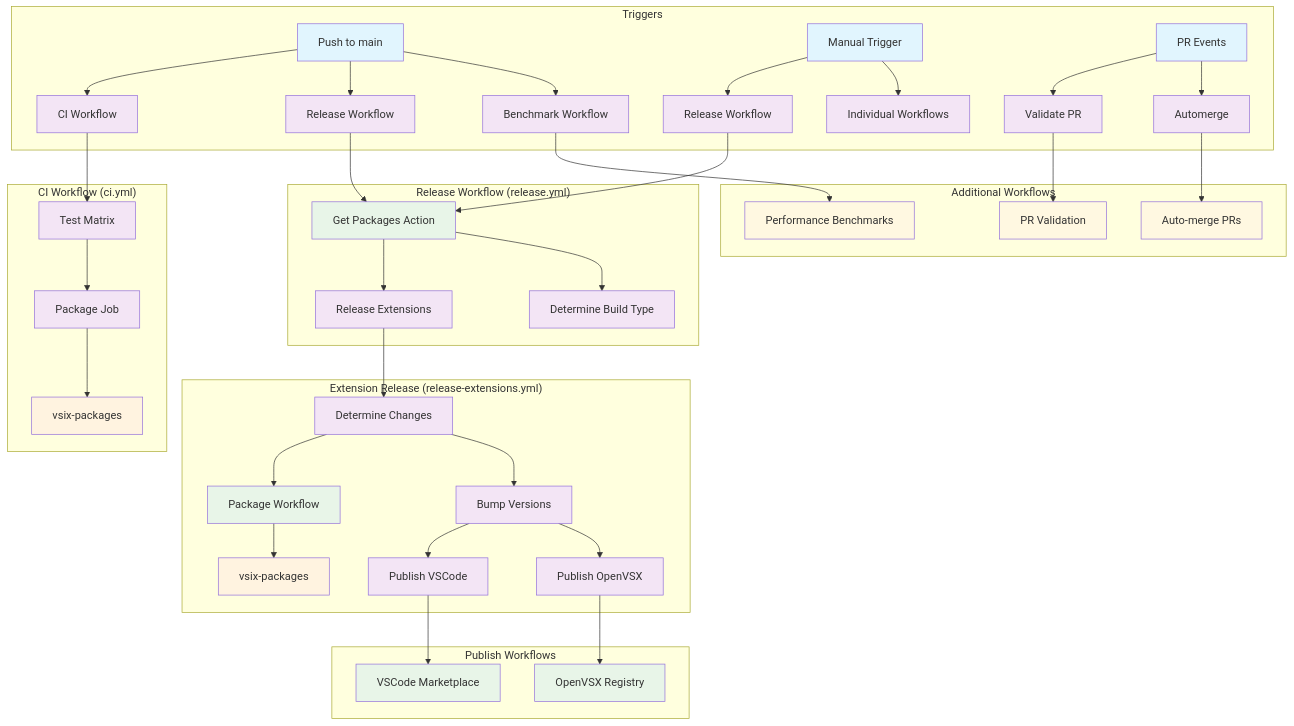
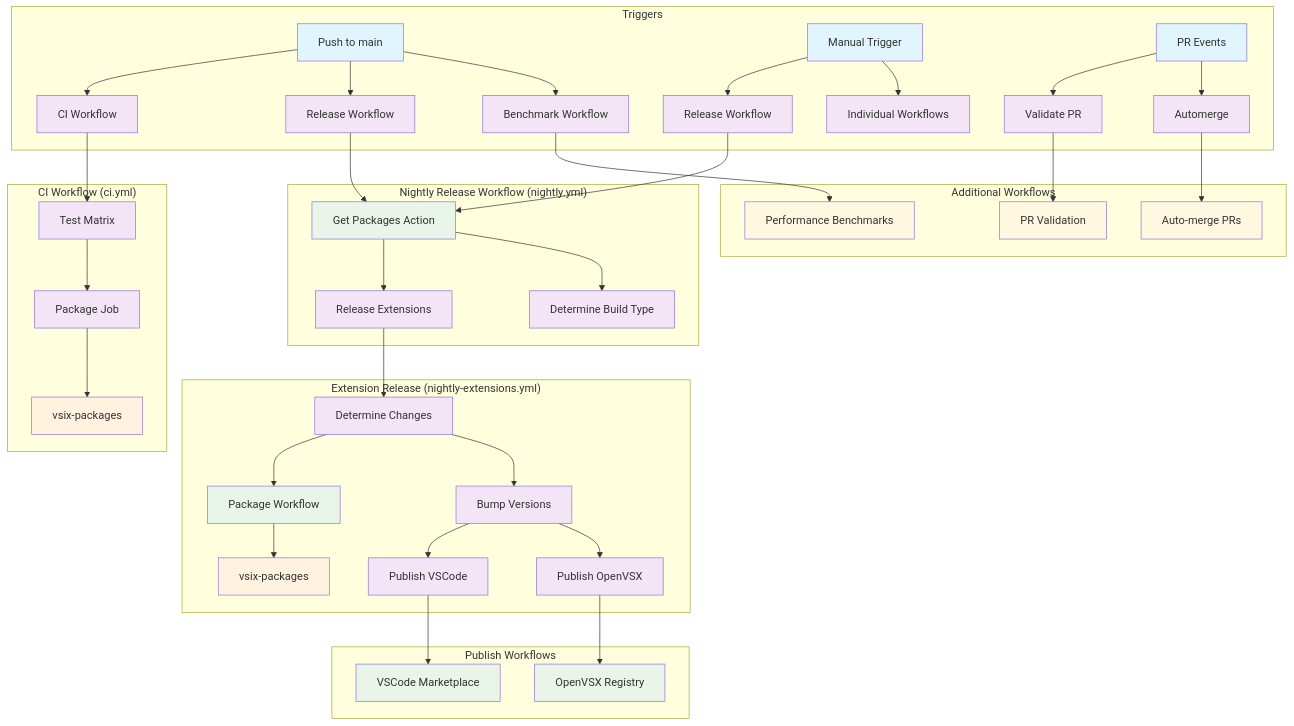
One commit to forcedotcom/apex-language-support changed the first of 8 diagrams in .github/workflows/README.md. Above: the diagram before and after it, drawn with Mermaid. The commit also changed other lines of this file and 25 other files, not shown here.

First line of the commit message:
[W-21445974] ci: implement 3-tier extension release cadence and nightly hardening (#219)

````diff
--- a/.github/workflows/README.md
+++ b/.github/workflows/README.md
@@ -7,64 +7,64 @@
 ```mermaid
 graph TB
     %% Triggers
     subgraph "Triggers"
         A[Push to main] --> B[CI Workflow]
         A --> C[Release Workflow]
         A --> D[Benchmark Workflow]
         E[Manual Trigger] --> F[Release Workflow]
         E --> G[Individual Workflows]
         H[PR Events] --> I[Validate PR]
         H --> J[Automerge]
     end
 
     %% CI Workflow
     subgraph "CI Workflow (ci.yml)"
         B --> K[Test Matrix]
         K --> L[Package Job]
         L --> M[vsix-packages]
     end
 
     %% Release Workflow
-    subgraph "Release Workflow (release.yml)"
+    subgraph "Nightly Release Workflow (nightly.yml)"
         C --> N[Get Packages Action]
         F --> N
         N --> O[Release Extensions]
         N --> P[Determine Build Type]
     end
 
     %% Extension Release Workflow
-    subgraph "Extension Release (release-extensions.yml)"
+    subgraph "Extension Release (nightly-extensions.yml)"
         O --> Q[Determine Changes]
         Q --> R[Package Workflow]
         R --> S[vsix-packages]
         Q --> T[Bump Versions]
         T --> U[Publish VSCode]
         T --> V[Publish OpenVSX]
     end
 
     %% Publish Workflows
     subgraph "Publish Workflows"
         U --> W[VSCode Marketplace]
         V --> X[OpenVSX Registry]
     end
 
     %% Additional Workflows
     subgraph "Additional Workflows"
         D --> Y[Performance Benchmarks]
         I --> Z[PR Validation]
         J --> AA[Auto-merge PRs]
     end
 
     %% Styling
     classDef trigger fill:#e1f5fe
     classDef workflow fill:#f3e5f5
     classDef action fill:#e8f5e8
     classDef artifact fill:#fff3e0
     classDef additional fill:#fff8e1
 
     class A,E,H trigger
     class B,C,D,F,G,I,J,K,L,N,O,P,Q,R,T,U,V workflow
     class N,R,W,X action
     class M,S artifact
     class Y,Z,AA additional
 ```
````
